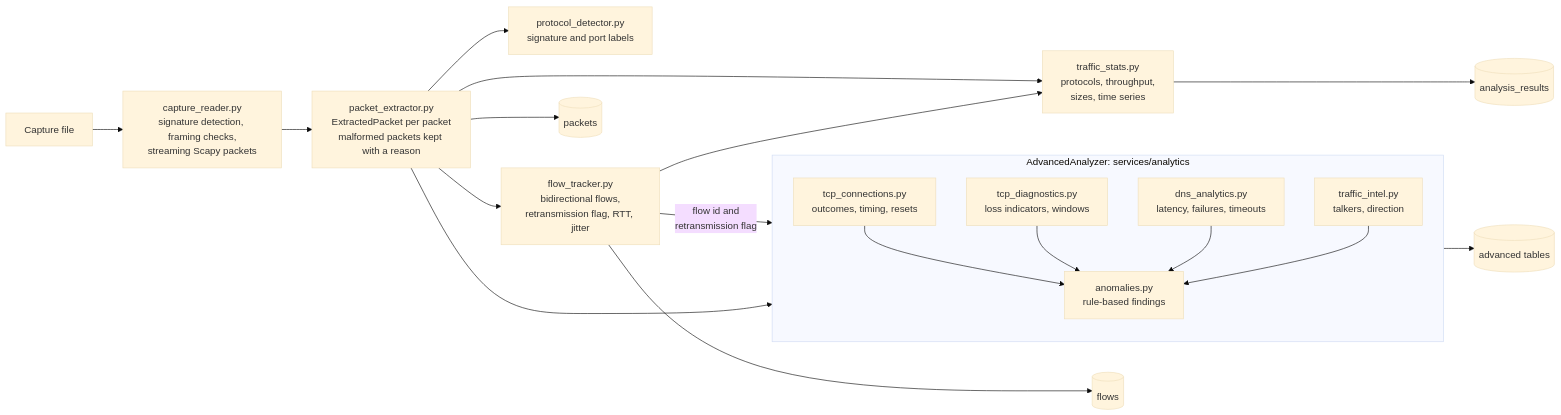
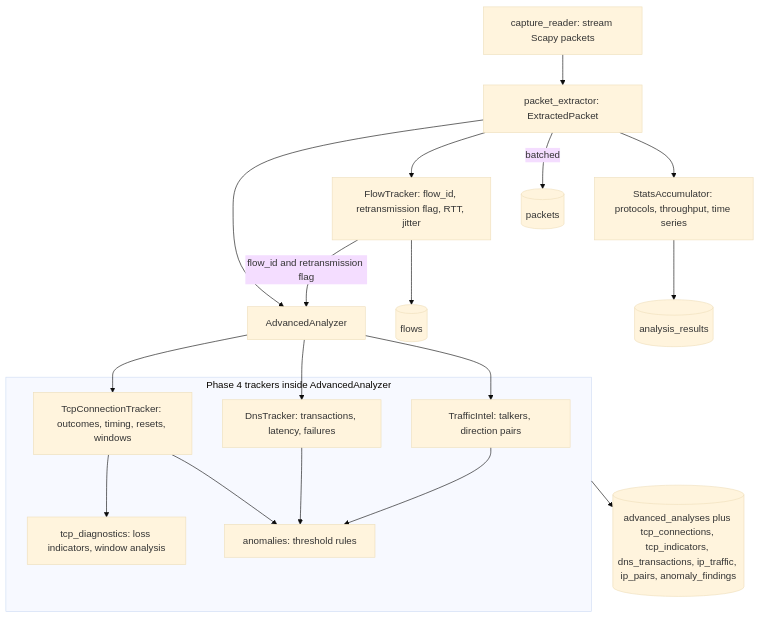
The fourth of 6 diagrams in README.md (Rajlohith/devops-pbl), drawn with Mermaid (base theme) before and after one commit. The commit also changed other lines of this file and 5 other files, not shown here.

````diff
--- a/README.md
+++ b/README.md
@@ -262,30 +404,28 @@
 ```mermaid
-flowchart LR
-    File["Capture file"] --> Reader["capture_reader.py<br/>signature detection, framing checks,<br/>streaming Scapy packets"]
-    Reader --> Extractor["packet_extractor.py<br/>ExtractedPacket per packet<br/>malformed packets kept with a reason"]
-    Extractor --> Detector["protocol_detector.py<br/>signature and port labels"]
-    Extractor --> Flows["flow_tracker.py<br/>bidirectional flows,<br/>retransmission flag, RTT, jitter"]
+flowchart TD
+    R["capture_reader: stream Scapy packets"] --> X["packet_extractor: ExtractedPacket"]
+    X --> FT["FlowTracker: flow_id, retransmission flag, RTT, jitter"]
+    X --> SA["StatsAccumulator: protocols, throughput, time series"]
+    X --> AA["AdvancedAnalyzer"]
+    FT -->|"flow_id and retransmission flag"| AA
 
-    Flows -->|"flow id and<br/>retransmission flag"| Adv
-    Extractor --> Stats["traffic_stats.py<br/>protocols, throughput,<br/>sizes, time series"]
-    Flows --> Stats
+    subgraph Phase4["Phase 4 trackers inside AdvancedAnalyzer"]
+        TC["TcpConnectionTracker: outcomes, timing, resets, windows"]
+        DN["DnsTracker: transactions, latency, failures"]
+        TI["TrafficIntel: talkers, direction pairs"]
+        DG["tcp_diagnostics: loss indicators, window analysis"]
+        AN["anomalies: threshold rules"]
+    end
+    AA --> TC
+    AA --> DN
+    AA --> TI
+    TC --> DG
+    TC --> AN
+    DN --> AN
+    TI --> AN
 
-    subgraph Adv["AdvancedAnalyzer: services/analytics"]
-        TCP["tcp_connections.py<br/>outcomes, timing, resets"]
-        Diag["tcp_diagnostics.py<br/>loss indicators, windows"]
-        DNS["dns_analytics.py<br/>latency, failures, timeouts"]
-        Intel["traffic_intel.py<br/>talkers, direction"]
-        Anom["anomalies.py<br/>rule-based findings"]
-    end
-
-    Extractor --> Adv
-    TCP --> Anom
-    Diag --> Anom
-    DNS --> Anom
-    Intel --> Anom
-
-    Extractor --> PGp[("packets")]
-    Flows --> PGf[("flows")]
-    Stats --> PGs[("analysis_results")]
-    Adv --> PGa[("advanced tables")]
+    X -->|"batched"| P1[("packets")]
+    FT --> P2[("flows")]
+    SA --> P3[("analysis_results")]
+    Phase4 --> P4[("advanced_analyses plus tcp_connections, tcp_indicators, dns_transactions, ip_traffic, ip_pairs, anomaly_findings")]
 ```
````
